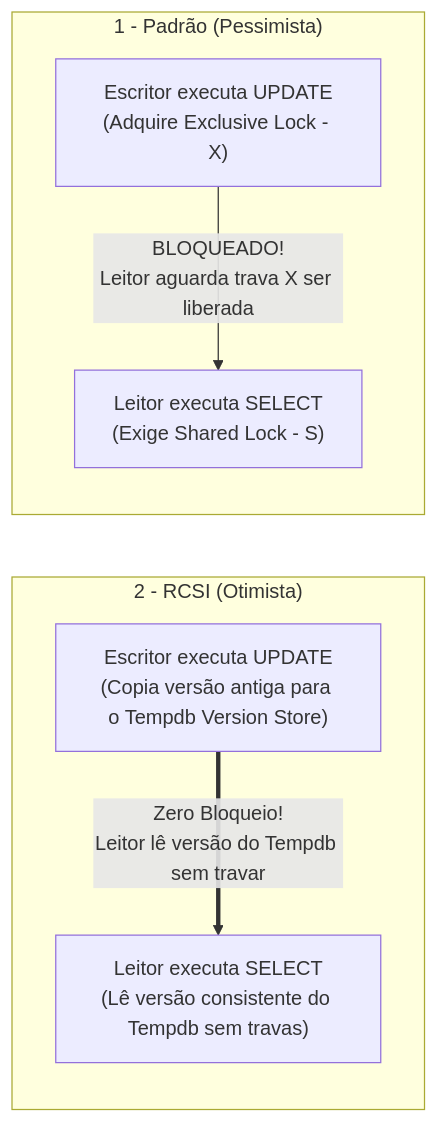
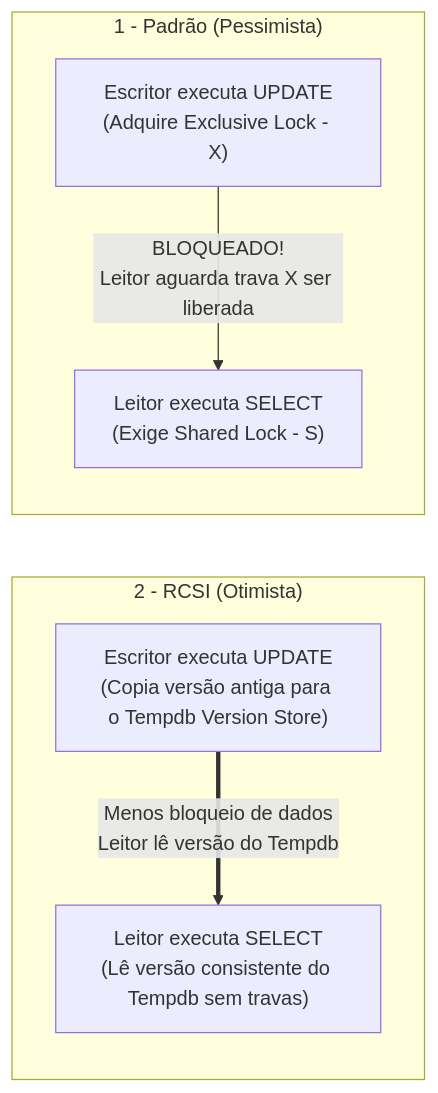
The diagram in i18n/pt-BR/certification/06-performance-optimization/02-transaction-isolation-concurrency.md (jucelinoss/dp-800-study-guide), drawn with Mermaid before and after one commit. The commit also changed other lines of this file and 7 other files, not shown here.

````diff
--- a/i18n/pt-BR/certification/06-performance-optimization/02-transaction-isolation-concurrency.md
+++ b/i18n/pt-BR/certification/06-performance-optimization/02-transaction-isolation-concurrency.md
@@ -194,18 +194,18 @@
 ```mermaid
 flowchart TD
     subgraph PESSIMISTIC ["1 - Padrão (Pessimista)<br/>&nbsp;"]
         direction TB
         W1["Escritor executa UPDATE<br/>(Adquire Exclusive Lock - X)"]
         R1["Leitor executa SELECT<br/>(Exige Shared Lock - S)"]
         W1 -->|"BLOQUEADO!<br/>Leitor aguarda trava X ser liberada"| R1
     end
 
     subgraph RCSI ["2 - RCSI (Otimista)<br/>&nbsp;"]
         direction TB
         W2["Escritor executa UPDATE<br/>(Copia versão antiga para o Tempdb Version Store)"]
         R2["Leitor executa SELECT<br/>(Lê versão consistente do Tempdb sem travas)"]
-        W2 ==>|"Zero Bloqueio!<br/>Leitor lê versão do Tempdb sem travar"| R2
+        W2 ==>|"Menos bloqueio de dados<br/>Leitor lê versão do Tempdb"| R2
     end
 
     PESSIMISTIC ~~~ RCSI
 ```
````
